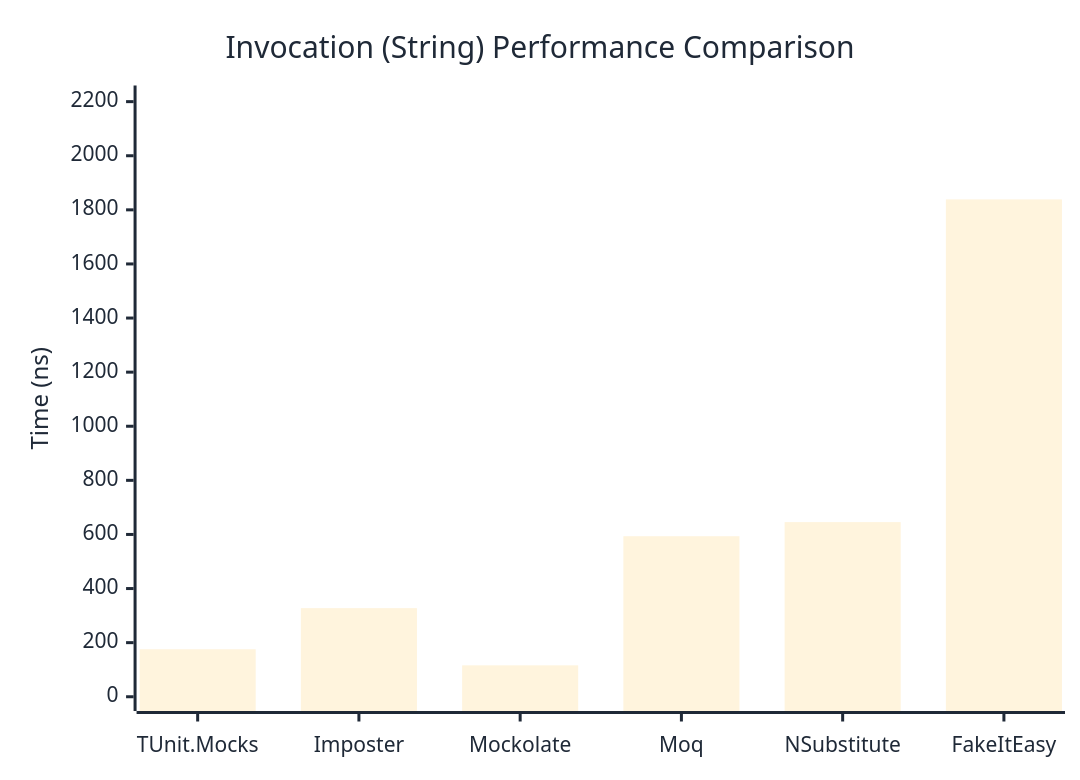
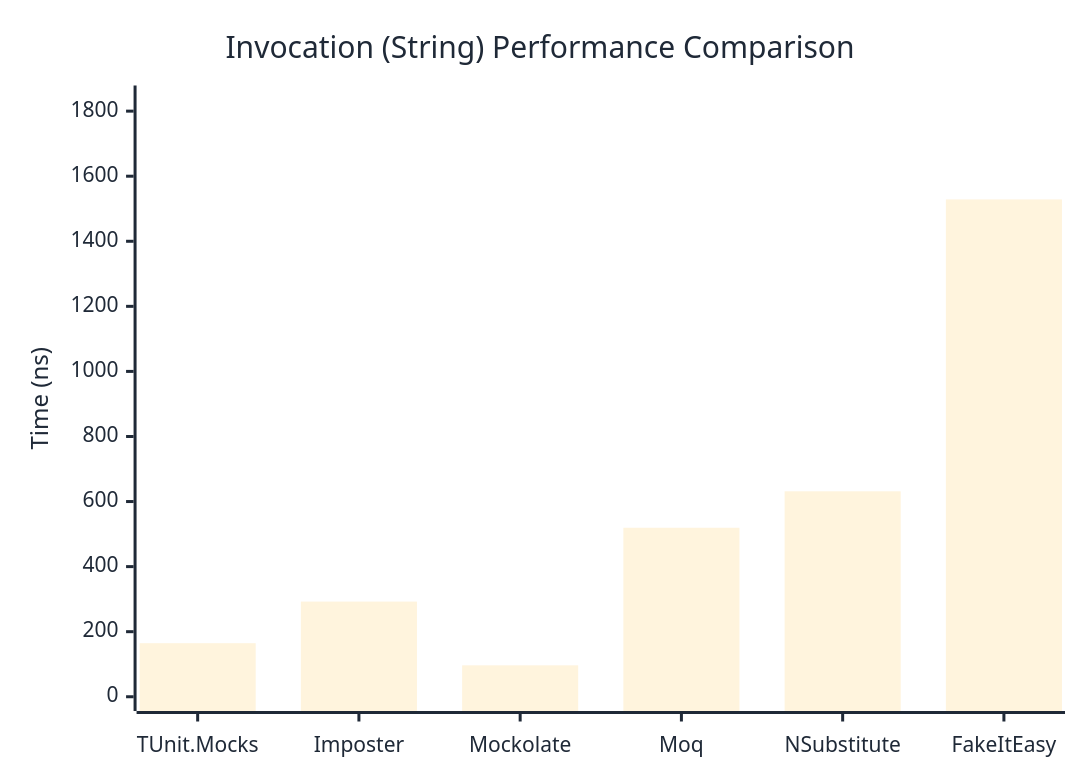
The second of 3 diagrams in docs/docs/benchmarks/mocks/Invocation.md (thomhurst/TUnit), drawn with Mermaid before and after one commit. The commit also changed other lines of this file and 14 other files, not shown here.

````diff
--- a/docs/docs/benchmarks/mocks/Invocation.md
+++ b/docs/docs/benchmarks/mocks/Invocation.md
@@ -71,27 +71,27 @@
 ```mermaid
 %%{init: {
   'theme':'base',
   'themeVariables': {
     'primaryColor': '#2563eb',
     'primaryTextColor': '#1f2937',
     'primaryBorderColor': '#1e40af',
     'lineColor': '#6b7280',
     'secondaryColor': '#7c3aed',
     'tertiaryColor': '#dc2626',
     'background': '#ffffff',
     'pie1': '#2563eb',
     'pie2': '#7c3aed',
     'pie3': '#dc2626',
     'pie4': '#f59e0b',
     'pie5': '#10b981',
     'pie6': '#06b6d4',
     'pie7': '#ec4899',
     'pie8': '#6366f1'
   }
 }}%%
 xychart-beta
   title "Invocation (String) Performance Comparison"
   x-axis ["TUnit.Mocks", "Imposter", "Mockolate", "Moq", "NSubstitute", "FakeItEasy"]
-  y-axis "Time (ns)" 0 --> 2207
-  bar [175.6, 327.6, 116.1, 593.5, 645.6, 1838.6]
+  y-axis "Time (ns)" 0 --> 1835
+  bar [164.59, 292.52, 96.6, 519.45, 631.47, 1528.69]
 ```
````
